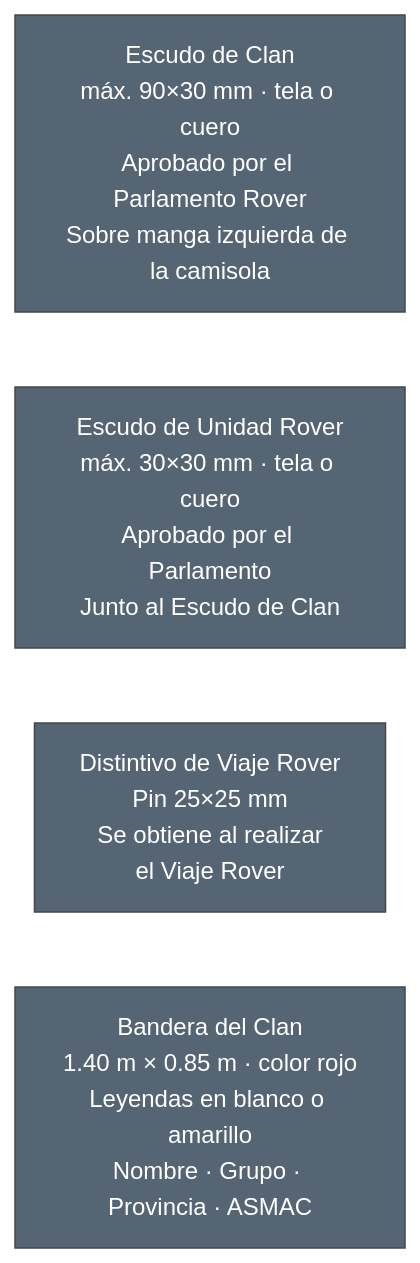
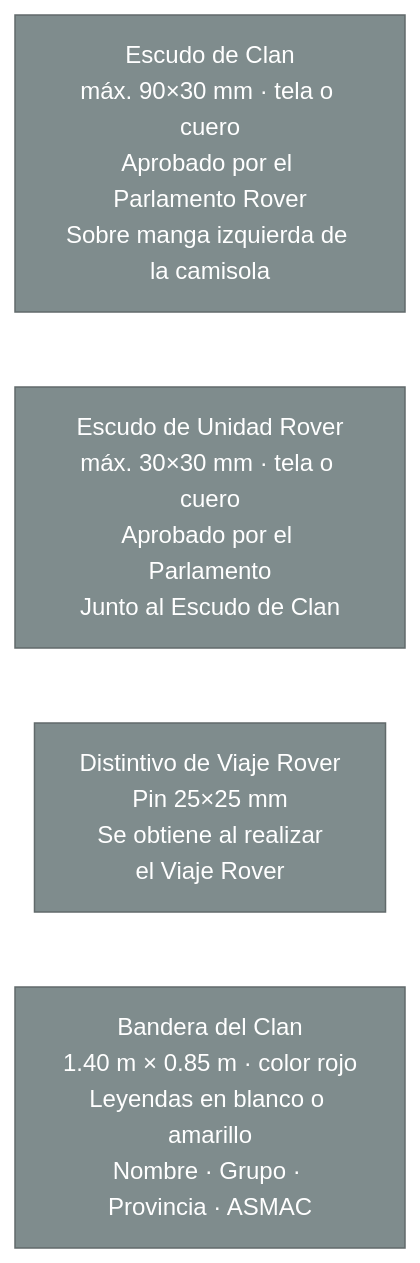
One commit to conecta-clanes/my-website changed the sixth of 8 diagrams in docs/base-conocimiento/tips-consejeros/marco-simbolico-clan-rovers.md. Above: the diagram before and after it, drawn with Mermaid. The commit also changed other lines of this file and 51 other files, not shown here.

````diff
--- a/docs/base-conocimiento/tips-consejeros/marco-simbolico-clan-rovers.md
+++ b/docs/base-conocimiento/tips-consejeros/marco-simbolico-clan-rovers.md
@@ -159,10 +159,10 @@
 ```mermaid
 flowchart LR
     EC["Escudo de Clan<BR>máx. 90×30 mm · tela o cuero<BR>Aprobado por el Parlamento Rover<BR>Sobre manga izquierda de la camisola"]
     EU["Escudo de Unidad Rover<BR>máx. 30×30 mm · tela o cuero<BR>Aprobado por el Parlamento<BR>Junto al Escudo de Clan"]
     DV["Distintivo de Viaje Rover<BR>Pin 25×25 mm<BR>Se obtiene al realizar<BR>el Viaje Rover"]
     BAN["Bandera del Clan<BR>1.40 m × 0.85 m · color rojo<BR>Leyendas en blanco o amarillo<BR>Nombre · Grupo · Provincia · ASMAC"]
 
-    classDef comp fill:#566573,stroke:#424949,color:#fff
+    classDef comp fill:#7f8c8d,stroke:#616a6b,color:#fff
     class EC,EU,DV,BAN comp
 ```
````
